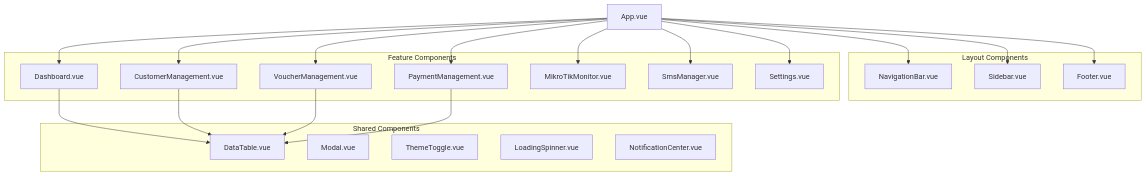
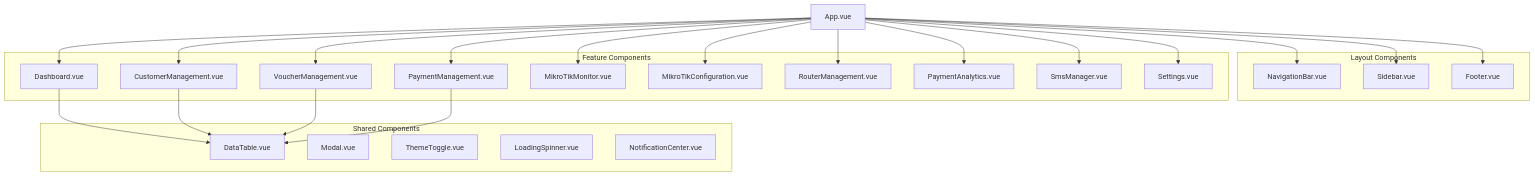
Before and after one commit to microsoftjulius/billing: the second of 2 diagrams in .kiro/specs/vue-frontend-enhancement/design.md, drawn with Mermaid. The commit also changed other lines of this file and 231 other files, not shown here.

````diff
--- a/.kiro/specs/vue-frontend-enhancement/design.md
+++ b/.kiro/specs/vue-frontend-enhancement/design.md
@@ -67,44 +67,50 @@
 ```mermaid
 graph TD
     APP[App.vue]
     
     subgraph "Layout Components"
         NAVBAR[NavigationBar.vue]
         SIDEBAR[Sidebar.vue]
         FOOTER[Footer.vue]
     end
     
     subgraph "Feature Components"
         DASHBOARD[Dashboard.vue]
         CUSTOMERS[CustomerManagement.vue]
         VOUCHERS[VoucherManagement.vue]
         PAYMENTS[PaymentManagement.vue]
         MIKROTIK_MONITOR[MikroTikMonitor.vue]
+        MIKROTIK_CONFIG[MikroTikConfiguration.vue]
+        ROUTER_MANAGER[RouterManagement.vue]
+        PAYMENT_ANALYTICS[PaymentAnalytics.vue]
         SMS_MANAGER[SmsManager.vue]
         SETTINGS[Settings.vue]
     end
     
     subgraph "Shared Components"
         DATATABLE[DataTable.vue]
         MODAL[Modal.vue]
         THEME_TOGGLE[ThemeToggle.vue]
         LOADING[LoadingSpinner.vue]
         NOTIFICATION[NotificationCenter.vue]
     end
     
     APP --> NAVBAR
     APP --> SIDEBAR
     APP --> FOOTER
     APP --> DASHBOARD
     APP --> CUSTOMERS
     APP --> VOUCHERS
     APP --> PAYMENTS
     APP --> MIKROTIK_MONITOR
+    APP --> MIKROTIK_CONFIG
+    APP --> ROUTER_MANAGER
+    APP --> PAYMENT_ANALYTICS
     APP --> SMS_MANAGER
     APP --> SETTINGS
     
     DASHBOARD --> DATATABLE
     CUSTOMERS --> DATATABLE
     VOUCHERS --> DATATABLE
     PAYMENTS --> DATATABLE
 ```
````
